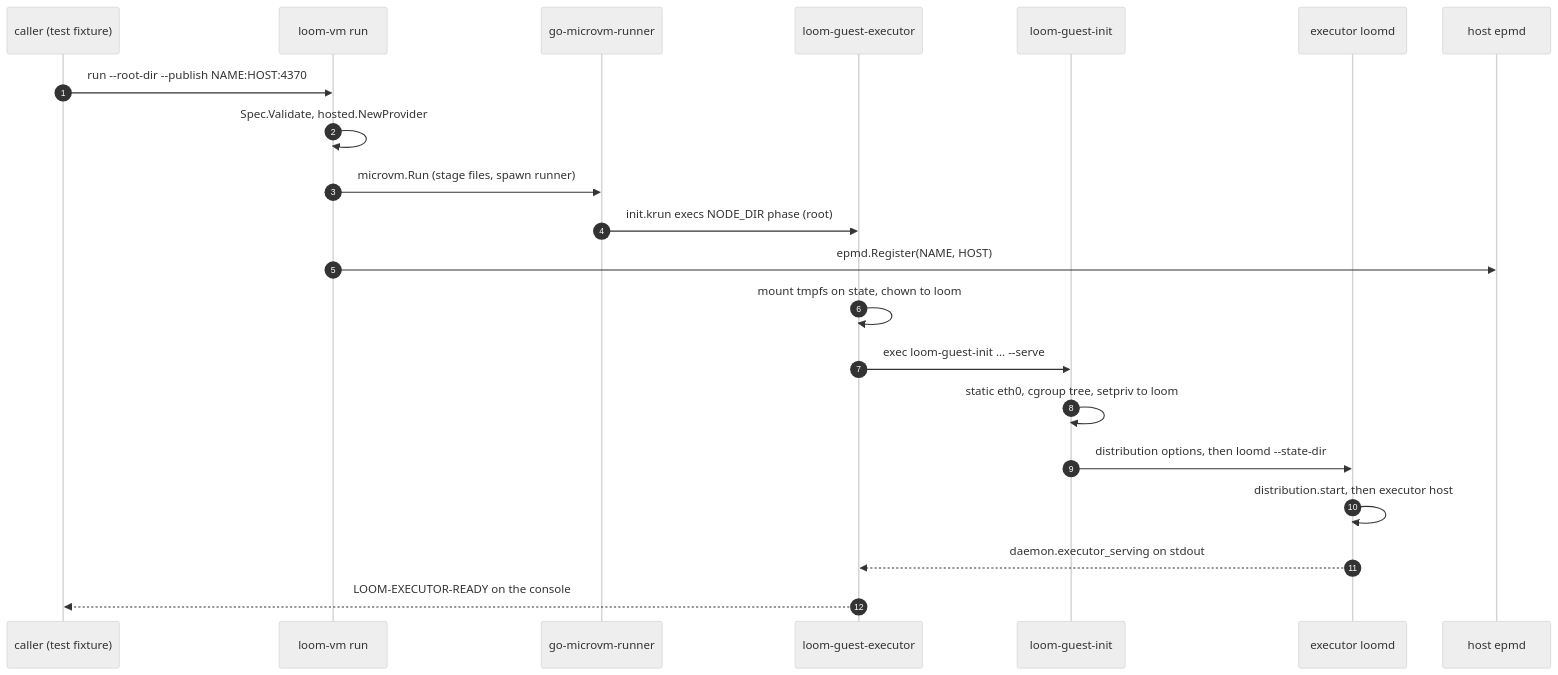
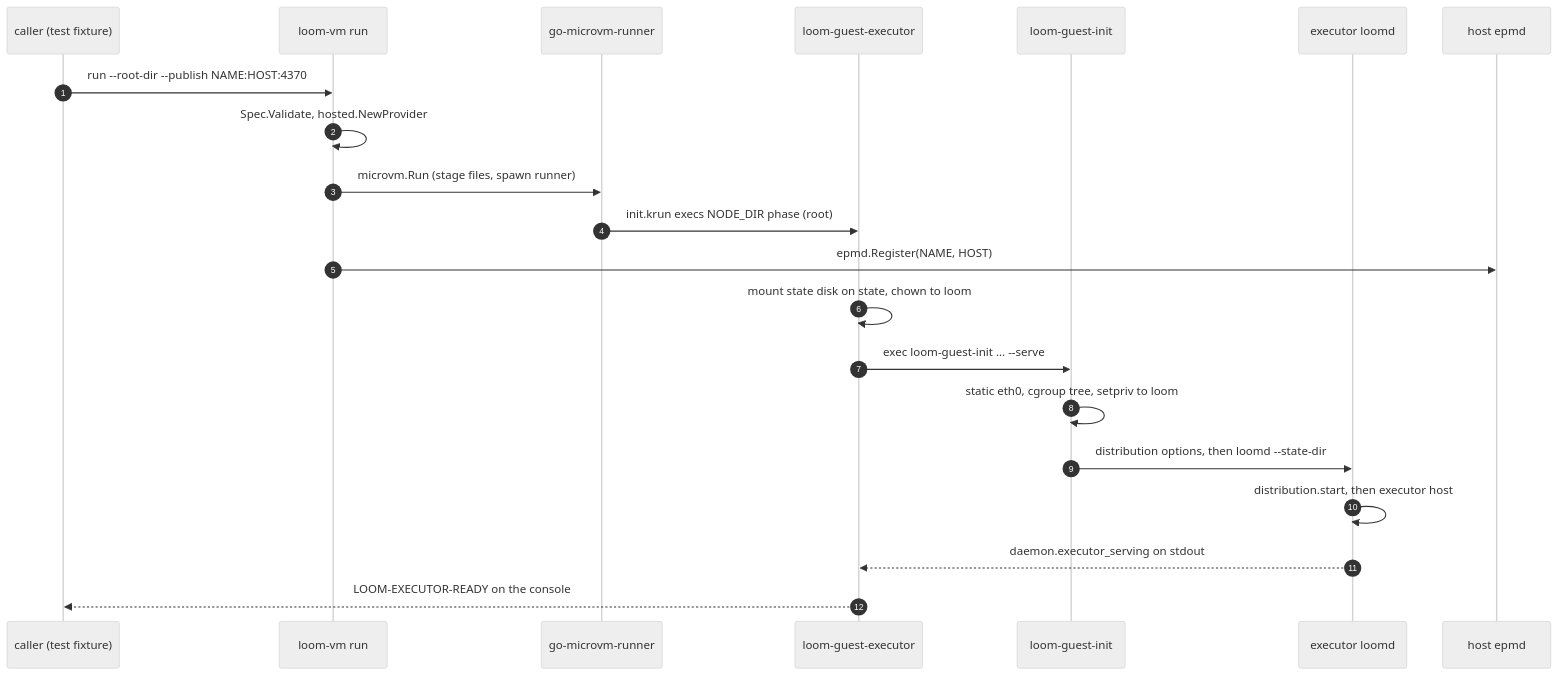
The second of 6 diagrams in docs/architecture/microvm.md (Roasbeef/loom), drawn with Mermaid (neutral theme) before and after one commit. The commit also changed other lines of this file and 7 other files, not shown here.

````diff
--- a/docs/architecture/microvm.md
+++ b/docs/architecture/microvm.md
@@ -79,23 +79,23 @@
 ```mermaid
 sequenceDiagram
     autonumber
     participant C as caller (test fixture)
     participant V as loom-vm run
     participant R as go-microvm-runner
     participant X as loom-guest-executor
     participant I as loom-guest-init
     participant D as executor loomd
     participant E as host epmd
     C->>V: run --root-dir --publish NAME:HOST:4370
     V->>V: Spec.Validate, hosted.NewProvider
     V->>R: microvm.Run (stage files, spawn runner)
     R->>X: init.krun execs NODE_DIR phase (root)
     V->>E: epmd.Register(NAME, HOST)
-    X->>X: mount tmpfs on state, chown to loom
+    X->>X: mount state disk on state, chown to loom
     X->>I: exec loom-guest-init ... --serve
     I->>I: static eth0, cgroup tree, setpriv to loom
     I->>D: distribution options, then loomd --state-dir
     D->>D: distribution.start, then executor host
     D-->>X: daemon.executor_serving on stdout
     X-->>C: LOOM-EXECUTOR-READY on the console
 ```
````
